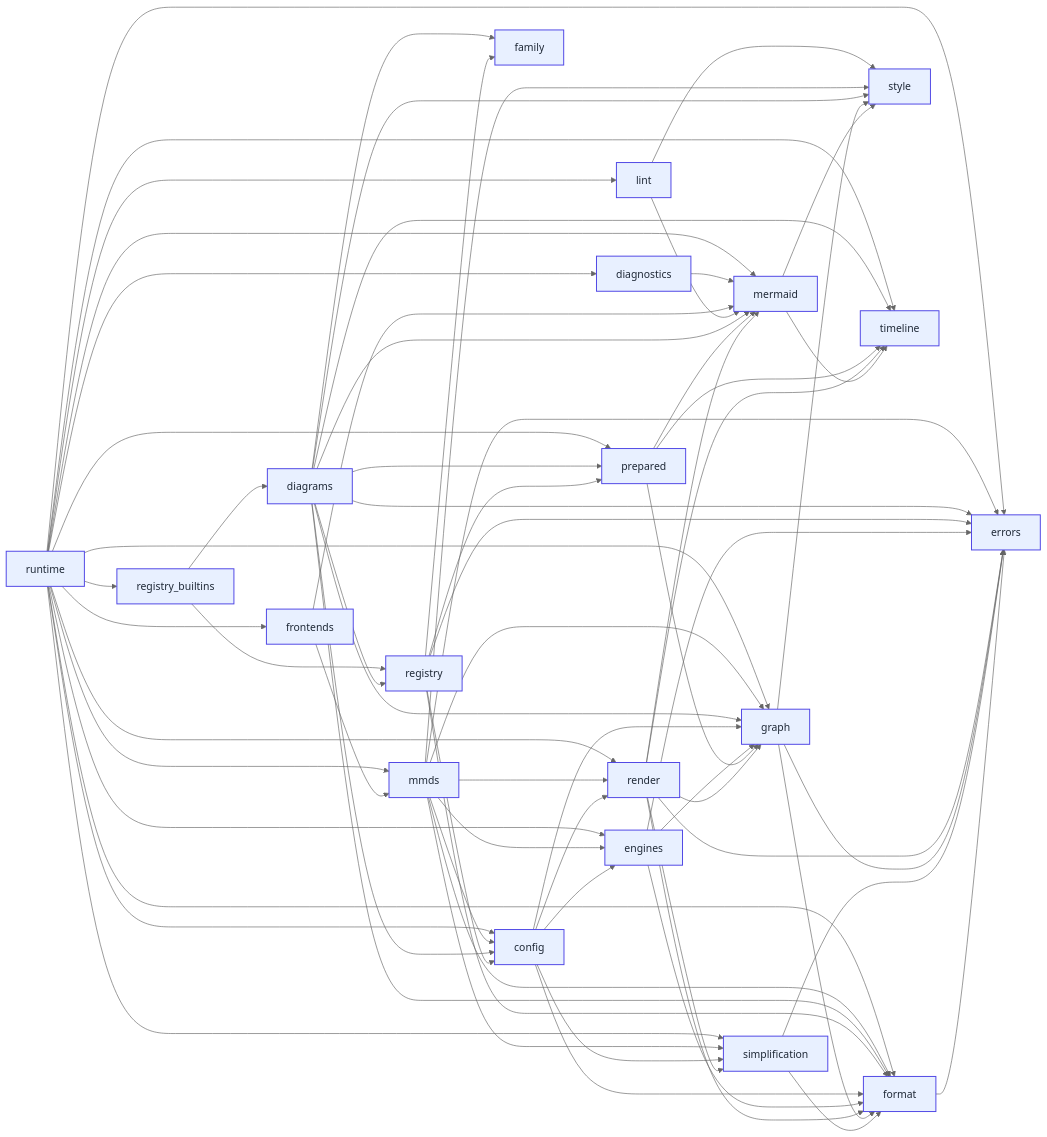
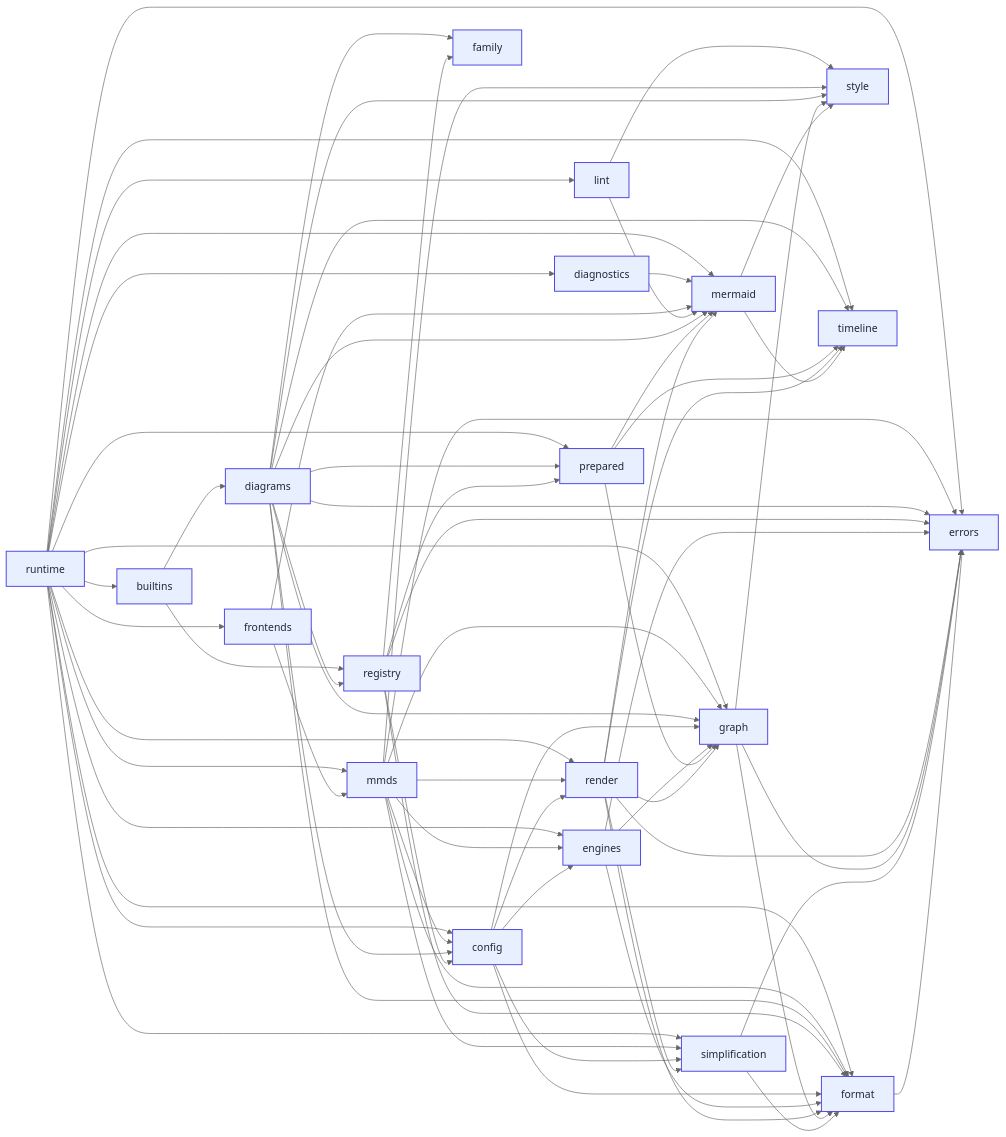
One commit to kevinswiber/mmdflux changed the diagram in docs/architecture/module-dependency-scc-dag.mmd. Above: the diagram before and after it, drawn with Mermaid (neutral theme). The commit also changed 42 other files, not shown here.

```diff
--- a/docs/architecture/module-dependency-scc-dag.mmd
+++ b/docs/architecture/module-dependency-scc-dag.mmd
@@ -1,99 +1,99 @@
 %% Generated by scripts/generate-rust-module-deps-scc.py
 %% crate-root: src/lib.rs
 %% max-depth: 1
 %% component-count: 20
 %% largest-scc-size: 1
 flowchart LR
     scc_19["runtime"]
     scc_10["diagnostics"]
     scc_16["frontends"]
     scc_17["lint"]
     scc_15["mmds"]
-    scc_18["registry_builtins"]
+    scc_18["builtins"]
     scc_14["diagrams"]
     scc_13["registry"]
     scc_9["config"]
     scc_4["engines"]
     scc_11["family"]
     scc_12["prepared"]
     scc_8["render"]
     scc_3["graph"]
     scc_6["mermaid"]
     scc_7["simplification"]
     scc_1["format"]
     scc_0["errors"]
     scc_2["style"]
     scc_5["timeline"]
     scc_19 --> scc_0
     scc_19 --> scc_1
     scc_19 --> scc_3
     scc_19 --> scc_4
     scc_19 --> scc_5
     scc_19 --> scc_6
     scc_19 --> scc_7
     scc_19 --> scc_8
     scc_19 --> scc_9
     scc_19 --> scc_10
     scc_19 --> scc_12
     scc_19 --> scc_15
     scc_19 --> scc_16
     scc_19 --> scc_17
     scc_19 --> scc_18
     scc_10 --> scc_6
     scc_16 --> scc_6
     scc_16 --> scc_15
     scc_17 --> scc_2
     scc_17 --> scc_6
     scc_15 --> scc_0
     scc_15 --> scc_1
     scc_15 --> scc_2
     scc_15 --> scc_3
     scc_15 --> scc_4
     scc_15 --> scc_7
     scc_15 --> scc_8
     scc_15 --> scc_9
     scc_18 --> scc_13
     scc_18 --> scc_14
     scc_14 --> scc_0
     scc_14 --> scc_1
     scc_14 --> scc_2
     scc_14 --> scc_3
     scc_14 --> scc_5
     scc_14 --> scc_6
     scc_14 --> scc_9
     scc_14 --> scc_11
     scc_14 --> scc_12
     scc_14 --> scc_13
     scc_13 --> scc_0
     scc_13 --> scc_1
     scc_13 --> scc_9
     scc_13 --> scc_11
     scc_13 --> scc_12
     scc_9 --> scc_1
     scc_9 --> scc_3
     scc_9 --> scc_4
     scc_9 --> scc_7
     scc_9 --> scc_8
     scc_4 --> scc_0
     scc_4 --> scc_1
     scc_4 --> scc_3
     scc_12 --> scc_3
     scc_12 --> scc_5
     scc_12 --> scc_6
     scc_8 --> scc_0
     scc_8 --> scc_1
     scc_8 --> scc_3
     scc_8 --> scc_5
     scc_8 --> scc_6
     scc_8 --> scc_7
     scc_3 --> scc_0
     scc_3 --> scc_1
     scc_3 --> scc_2
     scc_6 --> scc_2
     scc_6 --> scc_5
     scc_7 --> scc_0
     scc_7 --> scc_1
     scc_1 --> scc_0
     classDef cycle fill:#fbe4e6,stroke:#b42318,stroke-width:2px,color:#1f2937;
     classDef singleton fill:#e8f0ff,stroke:#4f46e5,stroke-width:1.5px,color:#1f2937;
     class scc_0,scc_1,scc_2,scc_3,scc_4,scc_5,scc_6,scc_7,scc_8,scc_9,scc_10,scc_11,scc_12,scc_13,scc_14,scc_15,scc_16,scc_17,scc_18,scc_19 singleton;
```
